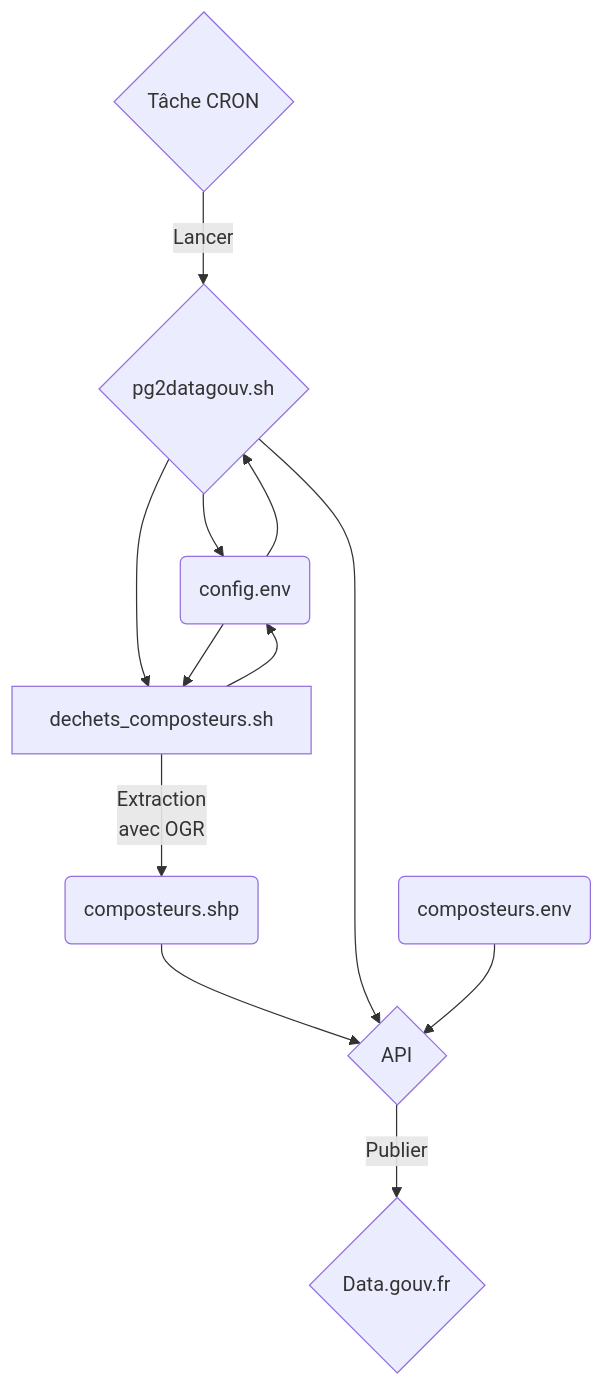
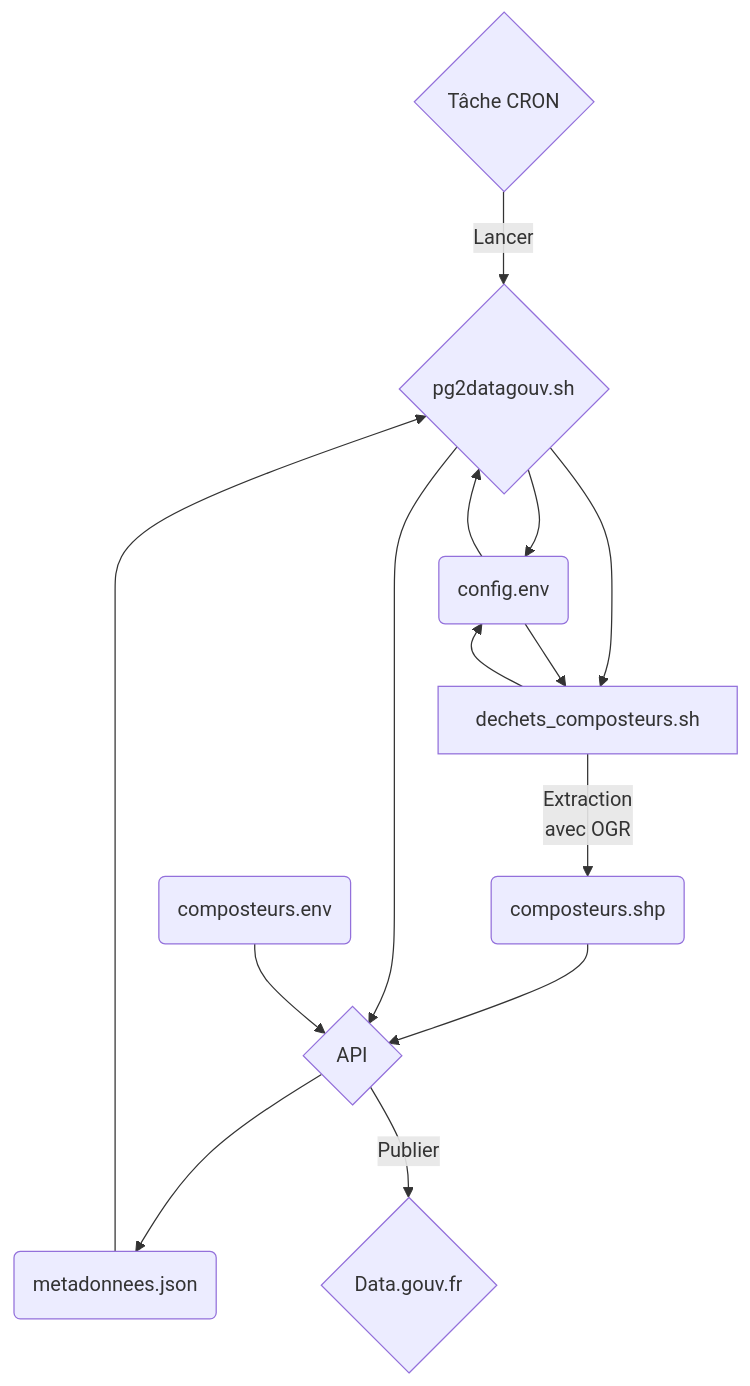
The diagram in content/articles/2021/2021-08-31_pg2datagouv.md (geotribu/website), drawn with Mermaid before and after one commit.

Commit message:
Complement mermaid

````diff
--- a/content/articles/2021/2021-08-31_pg2datagouv.md
+++ b/content/articles/2021/2021-08-31_pg2datagouv.md
@@ -43,13 +43,15 @@
 ```mermaid
 graph TD;
     A{pg2datagouv.sh} --> G(config.env);
     G --> A;
     A --> D[dechets_composteurs.sh] --> |Extraction<br>avec OGR| U(composteurs.shp);
     D --> G;
     G --> D;
     U --> H{API};
     R{Tâche CRON} --> |Lancer| A;
+    S(metadonnees.json) --> A;
+    H --> S;
     A --> H;
     M(composteurs.env) --> H;
     H --> |Publier| X{Data.gouv.fr};
 ```
````
